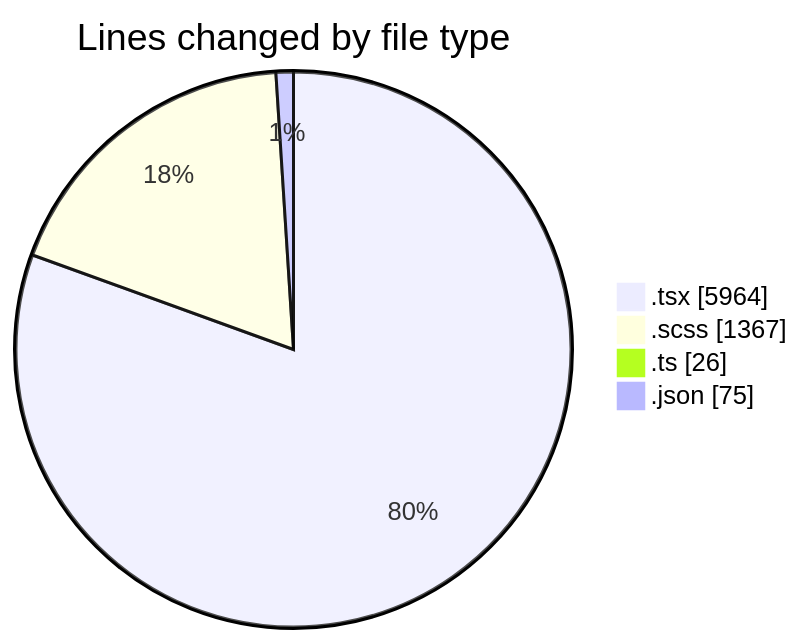
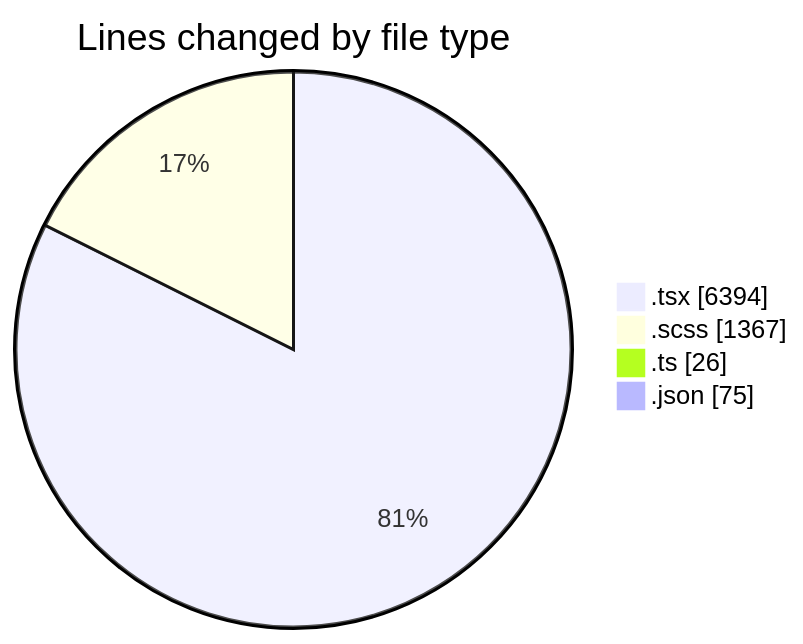
Before and after one commit to momahboobian/code-tracking: the first of 2 diagrams in 2025-04-09/cda/README.md, drawn with Mermaid. The commit also changed other lines of this file and 1 other file, not shown here.

````diff
--- a/2025-04-09/cda/README.md
+++ b/2025-04-09/cda/README.md
@@ -43,8 +44,8 @@
 ```mermaid
 pie showData
 title Lines changed by file type
-".tsx" : 5964
+".tsx" : 6394
 ".scss" : 1367
 ".ts" : 26
 ".json" : 75
 ```
````
